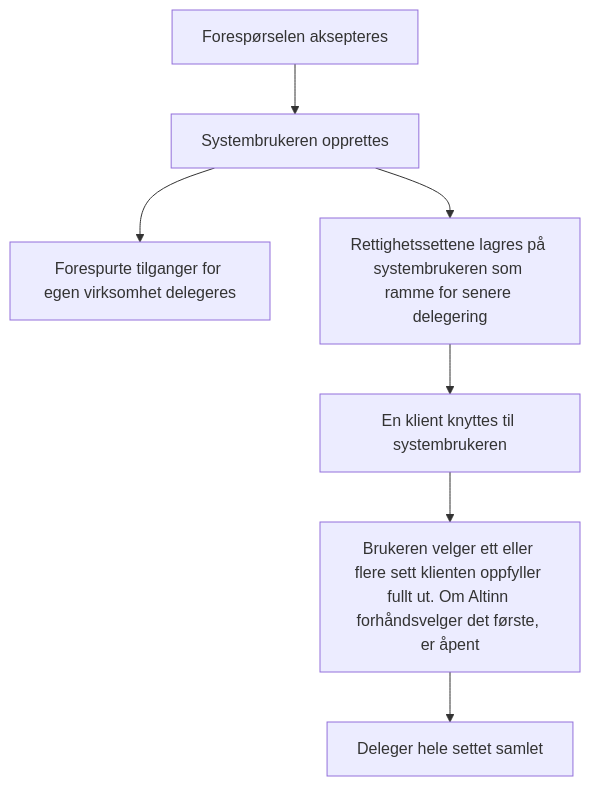
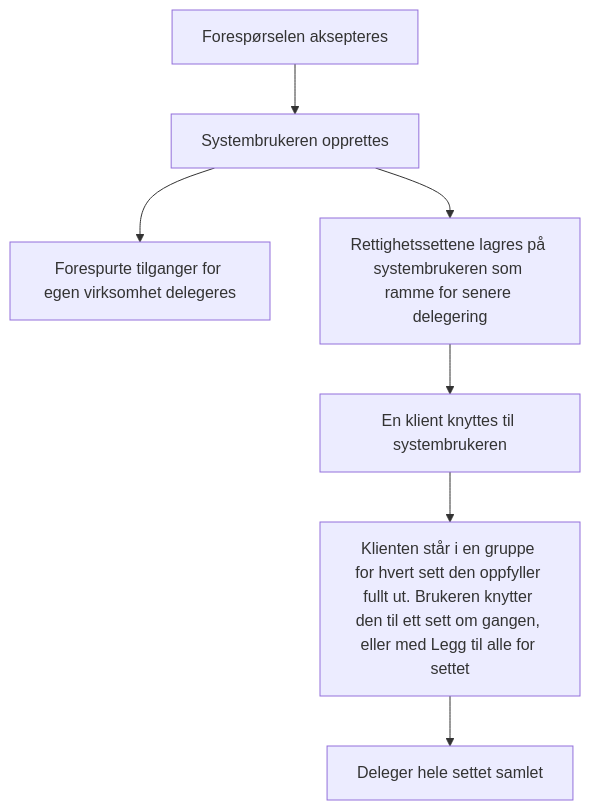
Before and after one commit to Altinn/altinn-studio-docs: the third of 6 diagrams in content/authorization/guides/system-vendor/system-user/beslutningstre.nb.md, drawn with Mermaid. The commit also changed other lines of this file and 2 other files, not shown here.

```diff
--- a/content/authorization/guides/system-vendor/system-user/beslutningstre.nb.md
+++ b/content/authorization/guides/system-vendor/system-user/beslutningstre.nb.md
@@ -57,9 +57,9 @@
 {{< mermaid >}}
 graph TD
   APPROVE["Forespørselen aksepteres"] --> CREATE["Systembrukeren opprettes"]
   CREATE --> OWN["Forespurte tilganger for egen virksomhet delegeres"]
   CREATE --> CLIENTCONFIG["Rettighetssettene lagres på systembrukeren som ramme for senere delegering"]
   CLIENTCONFIG --> LINK["En klient knyttes til systembrukeren"]
-  LINK --> CHECK["Brukeren velger ett eller flere sett klienten oppfyller fullt ut. Om Altinn forhåndsvelger det første, er åpent"]
+  LINK --> CHECK["Klienten står i en gruppe for hvert sett den oppfyller fullt ut. Brukeren knytter den til ett sett om gangen, eller med Legg til alle for settet"]
   CHECK --> DELEGATE["Deleger hele settet samlet"]
 {{< /mermaid >}}
```
